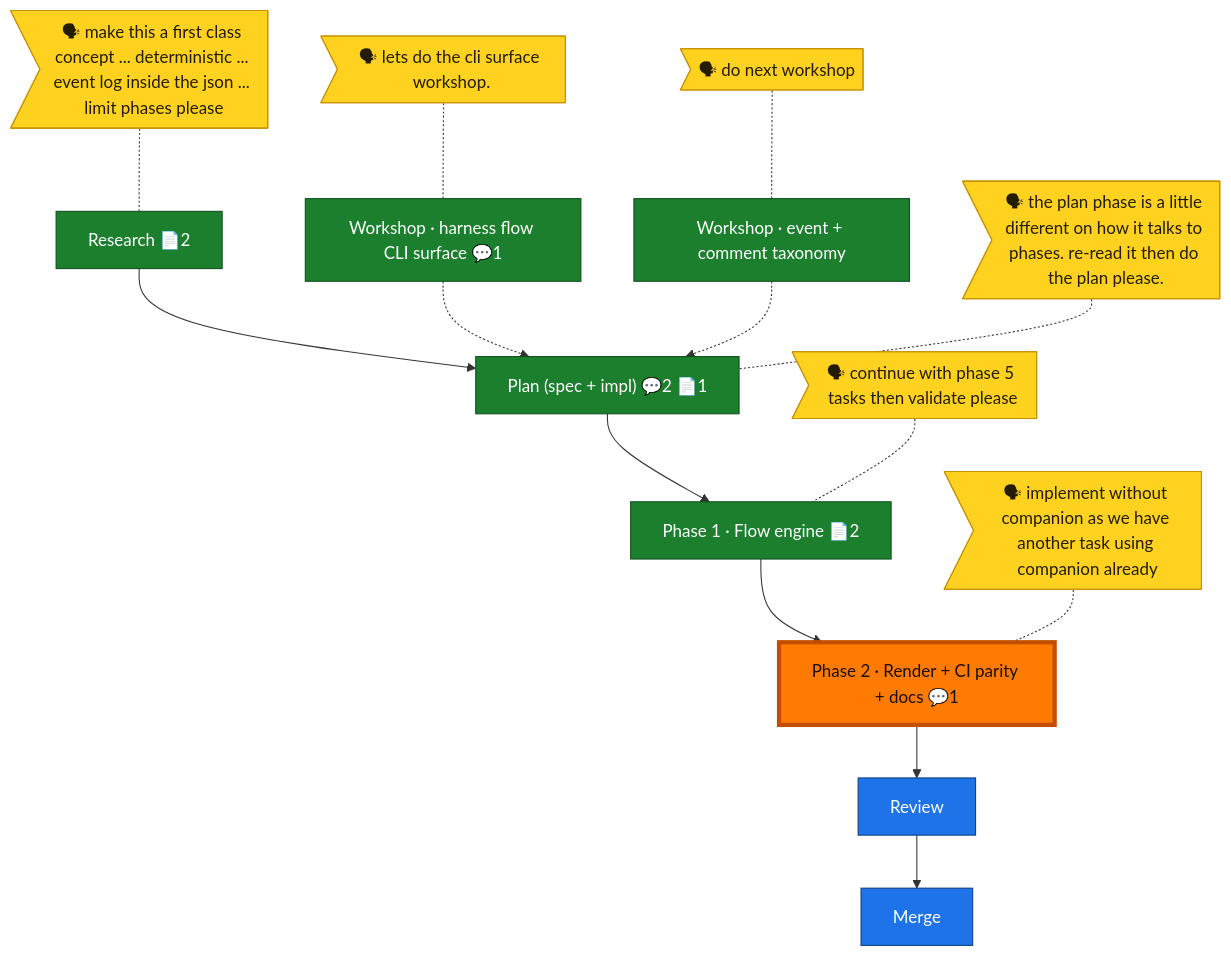
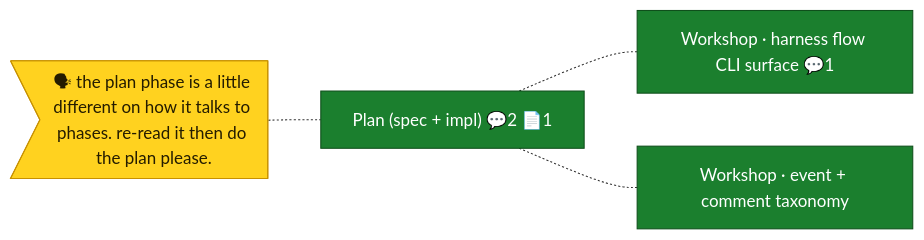
One commit to AI-Substrate/harness-engineering changed the second of 6 diagrams in harness/cli/test/services/flow/fixtures/render/flight-plan-024.md. Above: the diagram before and after it, drawn with Mermaid. The commit also changed other lines of this file and 9 other files, not shown here.

First line of the commit message:
feat(flow-render): sectioned layout — kill the diagonal spine skew

````diff
--- a/harness/cli/test/services/flow/fixtures/render/flight-plan-024.md
+++ b/harness/cli/test/services/flow/fixtures/render/flight-plan-024.md
@@ -8,50 +23,12 @@
 ```mermaid
-flowchart TD
-    research["Research 📄2"]:::done
+flowchart LR
     plan["Plan (spec + impl) 💬2 📄1"]:::done
-    p1["Phase 1 · Flow engine 📄2"]:::done
-    p2["Phase 2 · Render + CI parity + docs 💬1"]:::wip
-    merge["Merge"]:::known
-    review["Review"]:::known
-
-    research --> plan
-    plan --> p1
-    p1 --> p2
-    p2 --> review
-    review --> merge
-
     ws_cli["Workshop · harness flow CLI surface 💬1"]:::done
     ws_events["Workshop · event + comment taxonomy"]:::done
-    ws_cli -.-> plan
-    ws_events -.-> plan
-
-    say_research>"🗣 make this a first class concept ... deterministic ... event log inside the json ... limit phases please"]:::said
-    say_research -.- research
+    plan -.- ws_cli
+    plan -.- ws_events
     say_plan>"🗣 the plan phase is a little different on how it talks to phases. re-read it then do the plan please."]:::said
     say_plan -.- plan
-    say_p1>"🗣 continue with phase 5 tasks then validate please"]:::said
-    say_p1 -.- p1
-    say_p2>"🗣 implement without companion as we have another task using companion already"]:::said
-    say_p2 -.- p2
-    say_ws_cli>"🗣 lets do the cli surface workshop."]:::said
-    say_ws_cli -.- ws_cli
-    say_ws_events>"🗣 do next workshop"]:::said
-    say_ws_events -.- ws_events
-
     classDef done fill:#1B7F2E,stroke:#0F4F1B,color:#fff;
-    classDef wip fill:#43C04A,stroke:#1B7F2E,color:#04210A;
-    classDef blocked fill:#E53935,stroke:#8E1513,color:#fff;
-    classDef known fill:#1E73E8,stroke:#0D3F86,color:#fff;
-    classDef assumed fill:#CFD8DC,stroke:#607D8B,color:#1a1a1a,stroke-dasharray:5 3;
     classDef said fill:#FFD21F,stroke:#C79100,color:#241c00;
-    classDef harness fill:#7E3FF2,stroke:#4A1FA8,color:#fff;
-    classDef harnessFaded fill:#D6CBEC,stroke:#A892D4,color:#5B4E78;
-    classDef decision fill:#FF8F00,stroke:#B25E00,color:#1a1100,stroke-dasharray:2 2;
-    classDef companion fill:#AB2FCB,stroke:#6A1480,color:#fff;
-    classDef worker fill:#00A38C,stroke:#005046,color:#fff;
-    classDef unknown fill:#ECEFF1,stroke:#90A4AE,color:#1a1a1a,stroke-dasharray:1 4;
-    classDef impOptional stroke-dasharray:2 3;
-    classDef impStrong stroke-width:3px;
-    classDef current fill:#FF7A00,stroke:#C24E00,color:#1a0e00,stroke-width:4px;
-    class p2 current;
 ```
````
